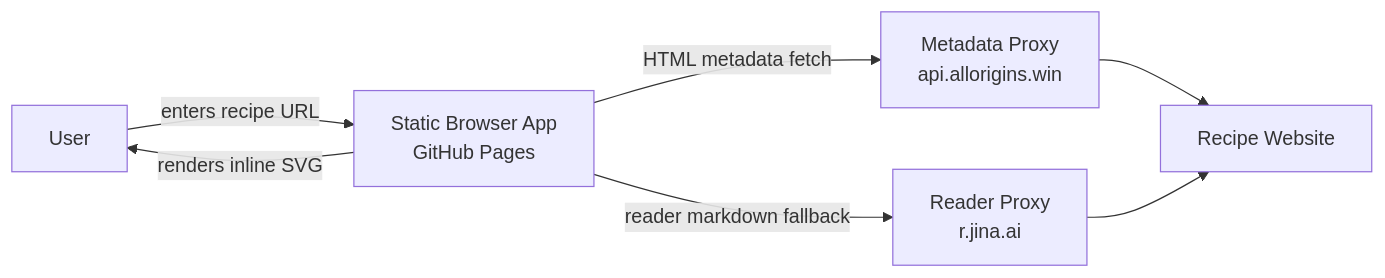
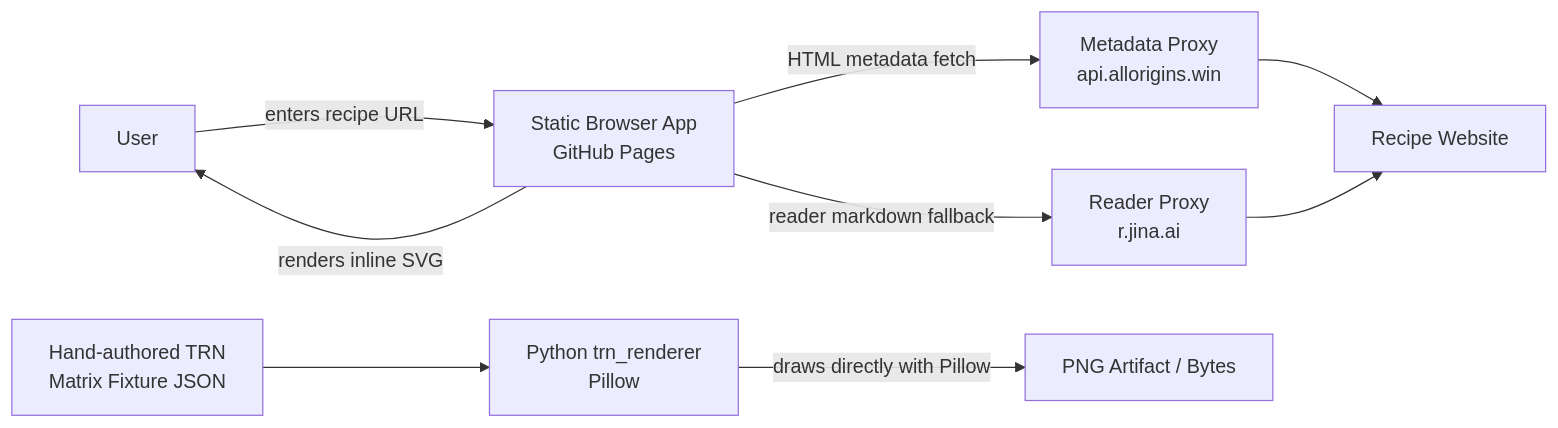
One commit to c2technology/prototype-tabular-recipe-notation changed the first of 4 diagrams in docs/architecture.md. Above: the diagram before and after it, drawn with Mermaid. The commit also changed other lines of this file and 13 other files, not shown here.

Commit message:
feat: add python pillow trn png renderer

````diff
--- a/docs/architecture.md
+++ b/docs/architecture.md
@@ -13,15 +28,21 @@
 ```mermaid
 flowchart LR
   User[User]
   Browser[Static Browser App\nGitHub Pages]
   MetadataProxy[Metadata Proxy\napi.allorigins.win]
   ReaderProxy[Reader Proxy\nr.jina.ai]
   RecipeSite[Recipe Website]
+  Fixture[Hand-authored TRN\nMatrix Fixture JSON]
+  PyRenderer[Python trn_renderer\nPillow]
+  Png[PNG Artifact / Bytes]
 
   User -->|enters recipe URL| Browser
   Browser -->|HTML metadata fetch| MetadataProxy
   MetadataProxy --> RecipeSite
   Browser -->|reader markdown fallback| ReaderProxy
   ReaderProxy --> RecipeSite
   Browser -->|renders inline SVG| User
+
+  Fixture --> PyRenderer
+  PyRenderer -->|draws directly with Pillow| Png
 ```
````
